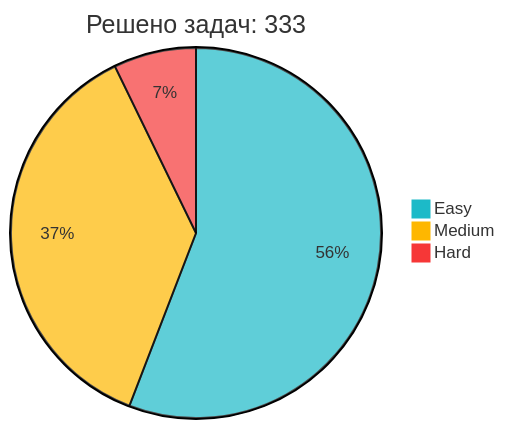
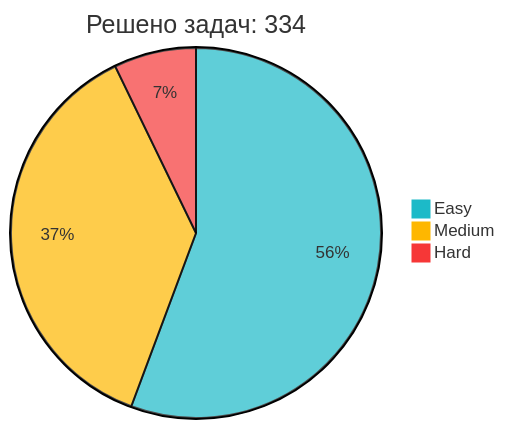
The diagram in README.md (IliaKurdukov/IliaKurdukov), drawn with Mermaid before and after one commit. The commit also changed other lines of this file, not shown here.

Commit message:
📈 Обновление статистики LeetCode

````diff
--- a/README.md
+++ b/README.md
@@ -51,7 +51,7 @@
 ```mermaid
 %%{init: {'theme': 'base', 'themeVariables': { 'pie1': '#1CBAC8', 'pie2': '#FEB700', 'pie3': '#F63737' }, 'config': {'width': 300, 'height': 200}}}%%
-pie title Решено задач: 333
+pie title Решено задач: 334
    "Easy" : 186
-   "Medium" : 123
+   "Medium" : 124
    "Hard" : 24
 ```
````
